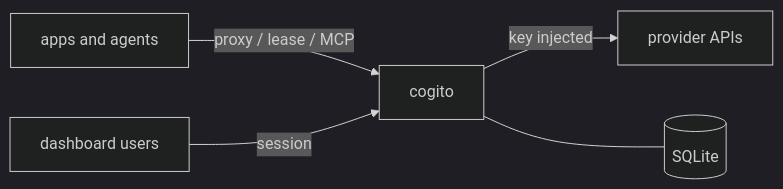
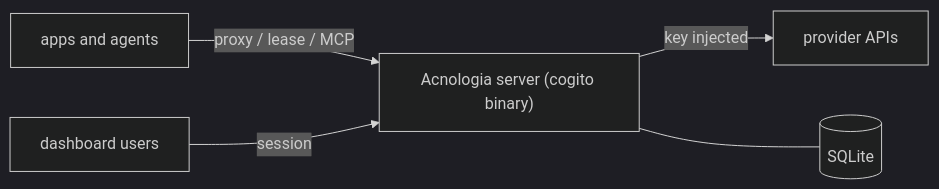
Before and after one commit to sidharthpunathil/acnologia: the diagram in docs/README.md, drawn with Mermaid (dark theme). The commit also changed 2 other files, not shown here.

Commit message:
Finish the Acnologia rebrand in the dashboard
The nav and sign-in pages show the dragon mark with the Acnologia name,
the old red wordmark, its mask styles and logo.png are gone, the accent
palette moves to the artwork's violet with a cyan spark, and the
remaining copy, titles and metadata say Acnologia. Diagrams label the
server as Acnologia (cogito binary).

````diff
--- a/docs/README.md
+++ b/docs/README.md
@@ -17,7 +17,7 @@
 ```mermaid
 flowchart LR
-    Apps["apps and agents"] -->|"proxy / lease / MCP"| Acnologia["cogito"]
+    Apps["apps and agents"] -->|"proxy / lease / MCP"| Acnologia["Acnologia server (cogito binary)"]
     Admins["dashboard users"] -->|"session"| Acnologia
     Acnologia -->|"key injected"| Providers["provider APIs"]
     Acnologia --- DB[("SQLite")]
 ```
````
